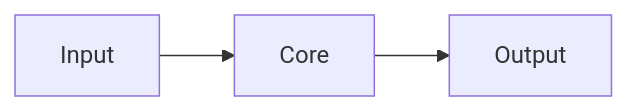
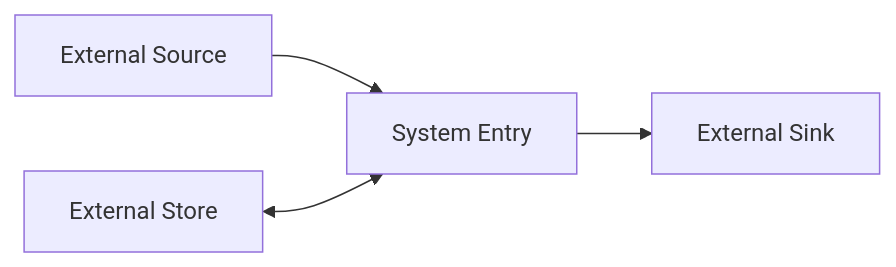
The first of 2 diagrams in skills/project-docs-maintenance/references/architecture-template.md (XaineChaeson/dotfile), drawn with Mermaid before and after one commit. The commit also changed other lines of this file, not shown here.

````diff
--- a/skills/project-docs-maintenance/references/architecture-template.md
+++ b/skills/project-docs-maintenance/references/architecture-template.md
@@ -22,5 +12,6 @@
 ```mermaid
 flowchart LR
-  A[Input] --> B[Core]
-  B --> C[Output]
+  A["External Source"] --> B["System Entry"]
+  B --> C["External Sink"]
+  D["External Store"] <--> B
 ```
````
